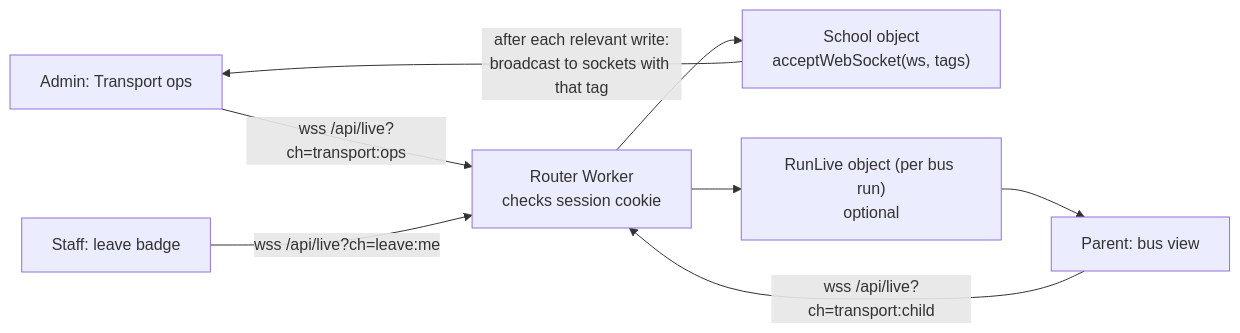
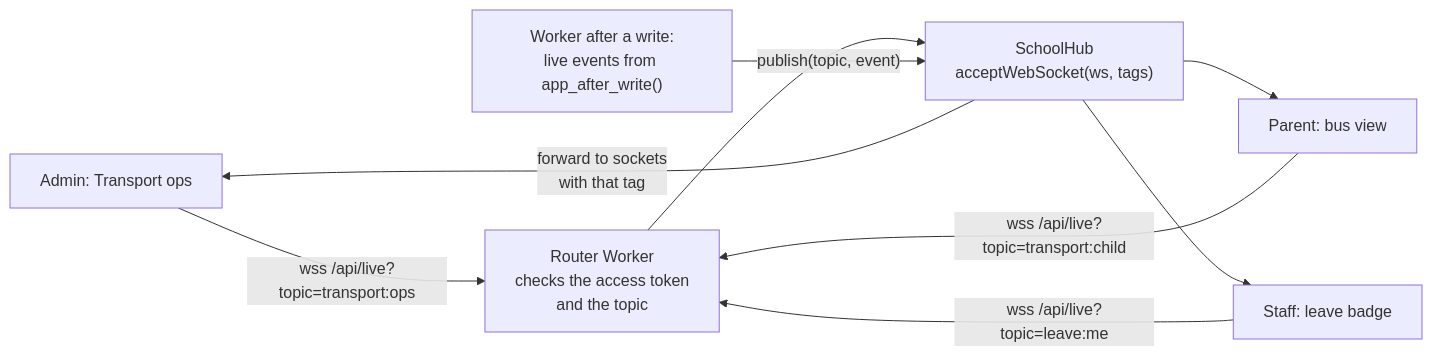
Before and after one commit to Arran0/EduBerry_2026: the fourth of 4 diagrams in docs/cloudflare-rebuild/14-jobs-messaging-realtime.md, drawn with Mermaid. The commit also changed other lines of this file and 10 other files, not shown here.

First line of the commit message:
Rebuild docs: rewrite platform docs 03 and 11-17 around Neon Postgres per school

````diff
--- a/docs/cloudflare-rebuild/14-jobs-messaging-realtime.md
+++ b/docs/cloudflare-rebuild/14-jobs-messaging-realtime.md
@@ -152,10 +166,11 @@
 ```mermaid
 flowchart LR
-  b1["Admin: Transport ops"] -- "wss /api/live?ch=transport:ops" --> w["Router Worker<br/>checks session cookie"]
-  b2["Parent: bus view"] -- "wss /api/live?ch=transport:child" --> w
-  b3["Staff: leave badge"] -- "wss /api/live?ch=leave:me" --> w
-  w --> s["School object<br/>acceptWebSocket(ws, tags)"]
-  w --> r["RunLive object (per bus run)<br/>optional"]
-  s -- "after each relevant write:<br/>broadcast to sockets with that tag" --> b1
-  r --> b2
+  b1["Admin: Transport ops"] -- "wss /api/live?topic=transport:ops" --> w["Router Worker<br/>checks the access token<br/>and the topic"]
+  b2["Parent: bus view"] -- "wss /api/live?topic=transport:child" --> w
+  b3["Staff: leave badge"] -- "wss /api/live?topic=leave:me" --> w
+  w --> h["SchoolHub<br/>acceptWebSocket(ws, tags)"]
+  wr["Worker after a write:<br/>live events from app_after_write()"] -- "publish(topic, event)" --> h
+  h -- "forward to sockets<br/>with that tag" --> b1
+  h --> b2
+  h --> b3
 ```
````
